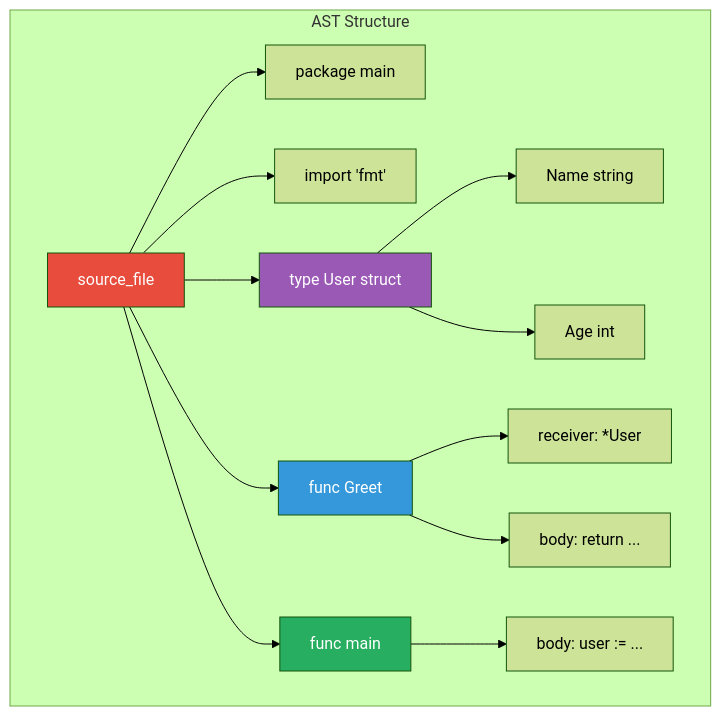
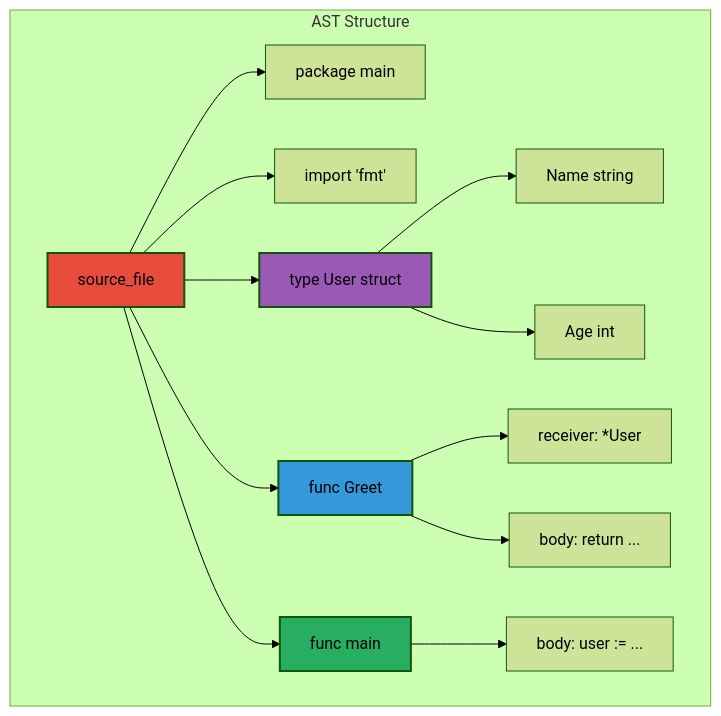
One commit to sampi02/amanmcp changed diagram 11 of 27 in docs/reference/architecture/architecture.md. Above: the diagram before and after it, drawn with Mermaid (forest theme). The commit also changed other lines of this file and 59 other files, not shown here.

````diff
--- a/docs/reference/architecture/architecture.md
+++ b/docs/reference/architecture/architecture.md
@@ -460,24 +671,24 @@
 ```mermaid
 graph TD
     subgraph AST["AST Structure"]
         Root[source_file]
         Root --> P[package main]
         Root --> I[import 'fmt']
         Root --> T[type User struct]
         Root --> M[func Greet]
         Root --> F[func main]
 
         T --> TF1[Name string]
         T --> TF2[Age int]
 
         M --> MR[receiver: *User]
         M --> MB[body: return ...]
 
         F --> FB[body: user := ...]
     end
 
-    style Root fill:#e74c3c,color:#fff
-    style T fill:#9b59b6,color:#fff
-    style M fill:#3498db,color:#fff
-    style F fill:#27ae60,color:#fff
+    style Root fill:#e74c3c,stroke-width:2px
+    style T fill:#9b59b6,stroke-width:2px
+    style M fill:#3498db,stroke-width:2px
+    style F fill:#27ae60,stroke-width:2px
 ```
````
